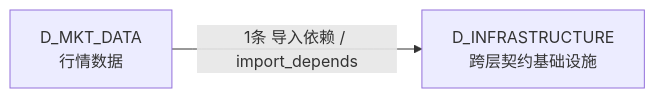
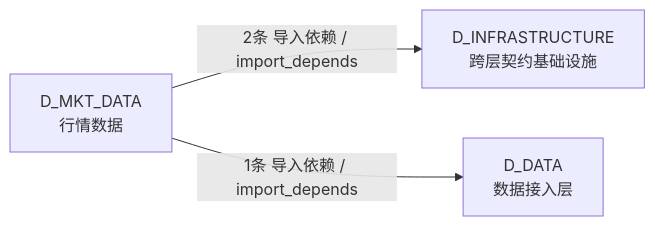
One commit to xuanFelixVan/ZephyrAlpha changed the third of 3 diagrams in docs/02_enterprise_architecture/02_domain_architecture_docs/20_d_mkt_data.md. Above: the diagram before and after it, drawn with Mermaid. The commit also changed other lines of this file and 23 other files, not shown here.

````diff
--- a/docs/02_enterprise_architecture/02_domain_architecture_docs/20_d_mkt_data.md
+++ b/docs/02_enterprise_architecture/02_domain_architecture_docs/20_d_mkt_data.md
@@ -135,6 +135,8 @@
 ```mermaid
 graph LR
     D_MKT_DATA["D_MKT_DATA<br/>行情数据"]
     D_INFRASTRUCTURE["D_INFRASTRUCTURE<br/>跨层契约基础设施"]
-    D_MKT_DATA -->|1条 导入依赖 / import_depends| D_INFRASTRUCTURE
+    D_DATA["D_DATA<br/>数据接入层"]
+    D_MKT_DATA -->|2条 导入依赖 / import_depends| D_INFRASTRUCTURE
+    D_MKT_DATA -->|1条 导入依赖 / import_depends| D_DATA
 ```
````
